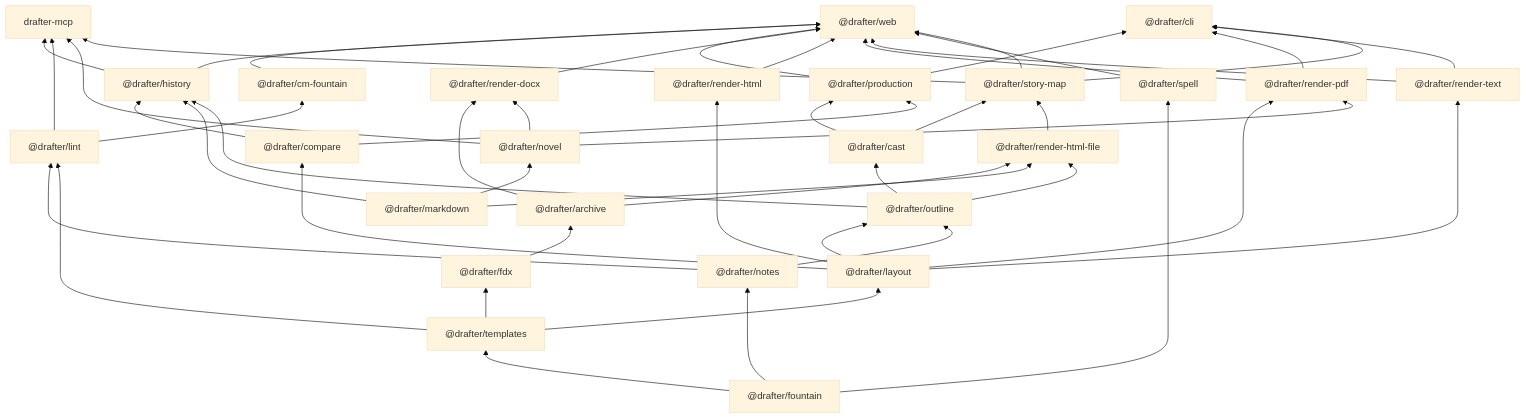
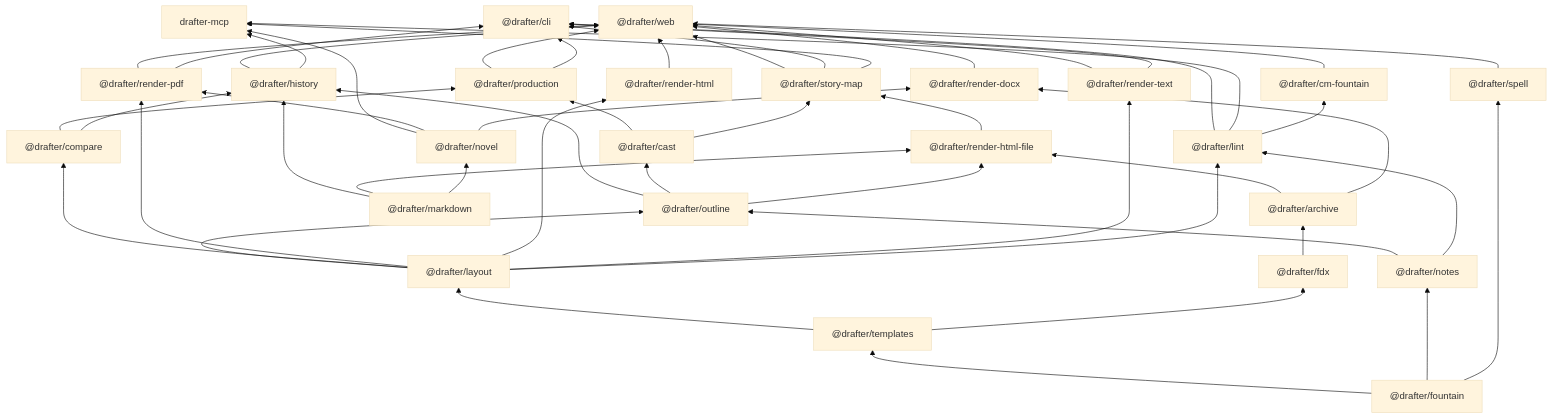
Before and after one commit to cschweda/drafter: the first of 5 diagrams in docs/technical-details.md, drawn with Mermaid (base theme). The commit also changed 29 other files, not shown here.

````diff
--- a/docs/technical-details.md
+++ b/docs/technical-details.md
@@ -38,75 +38,76 @@
 ```mermaid
 flowchart BT
   web["@drafter/web"]
   cli["@drafter/cli"]
   drafter_mcp["drafter-mcp"]
   cm_fountain["@drafter/cm-fountain"]
   outline["@drafter/outline"]
   production["@drafter/production"]
   compare["@drafter/compare"]
   history["@drafter/history"]
   cast["@drafter/cast"]
   story_map["@drafter/story-map"]
   render_pdf["@drafter/render-pdf"]
   render_html["@drafter/render-html"]
   render_html_file["@drafter/render-html-file"]
   render_text["@drafter/render-text"]
   render_docx["@drafter/render-docx"]
   layout["@drafter/layout"]
   lint["@drafter/lint"]
   fdx["@drafter/fdx"]
   archive["@drafter/archive"]
   templates["@drafter/templates"]
   notes["@drafter/notes"]
   spell["@drafter/spell"]
   markdown["@drafter/markdown"]
   novel["@drafter/novel"]
   fountain["@drafter/fountain"]
   cm_fountain --> web
   history --> web
   production --> web
   render_docx --> web
   render_html --> web
   render_pdf --> web
   render_text --> web
   spell --> web
   story_map --> web
+  lint --> cli
   production --> cli
   render_pdf --> cli
   render_text --> cli
   story_map --> cli
   history --> drafter_mcp
   lint --> drafter_mcp
   novel --> drafter_mcp
   story_map --> drafter_mcp
   lint --> cm_fountain
   layout --> outline
   notes --> outline
   cast --> production
   compare --> production
   layout --> compare
   compare --> history
   markdown --> history
   outline --> history
   outline --> cast
   cast --> story_map
   render_html_file --> story_map
   layout --> render_pdf
   novel --> render_pdf
   layout --> render_html
   archive --> render_html_file
   markdown --> render_html_file
   outline --> render_html_file
   layout --> render_text
   archive --> render_docx
   novel --> render_docx
   templates --> layout
+  layout --> lint
   notes --> lint
-  templates --> lint
   templates --> fdx
   fdx --> archive
   fountain --> templates
   fountain --> notes
   fountain --> spell
   markdown --> novel
 ```
````
